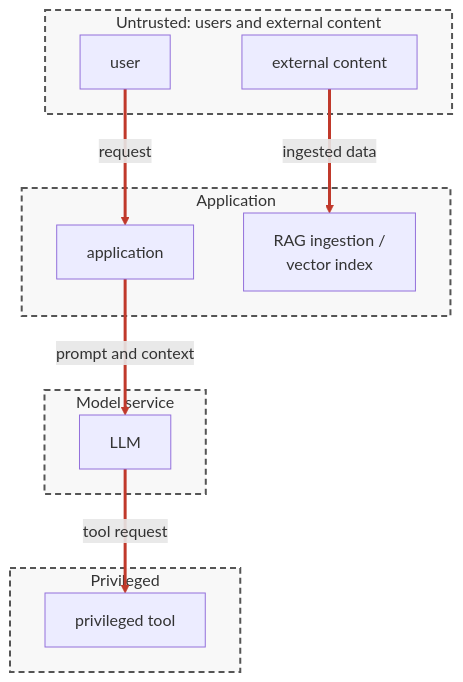
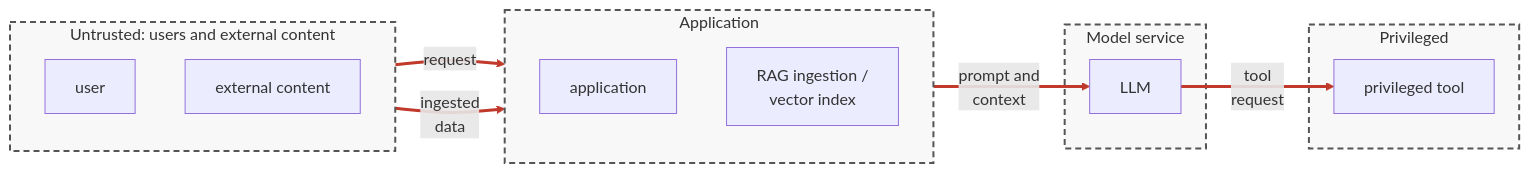
Before and after one commit to jwardon/ai-security-101: the diagram in 02_foundations_security.md, drawn with Mermaid. The commit also changed 5 other files, not shown here.

Commit message:
Polish diagram layout: center, supply-chain Mermaid, wider threat-model loop, wider author column

````diff
--- a/02_foundations_security.md
+++ b/02_foundations_security.md
@@ -23,24 +23,26 @@
 ```mermaid
-flowchart TB
+flowchart LR
     subgraph external["Untrusted: users and external content"]
+        direction TB
         user["user"]
         content["external content"]
     end
     subgraph appzone["Application"]
+        direction TB
         app["application"]
         ingest["RAG ingestion /<br/>vector index"]
     end
     subgraph modelzone["Model service"]
         llm["LLM"]
     end
     subgraph privileged["Privileged"]
         tool["privileged tool"]
     end
     user ==>|"request"| app
-    content ==>|"ingested data"| ingest
-    app ==>|"prompt and context"| llm
-    llm ==>|"tool request"| tool
+    content ==>|"ingested<br/>data"| ingest
+    app ==>|"prompt and<br/>context"| llm
+    llm ==>|"tool<br/>request"| tool
     classDef zone fill:#f8f8f8,stroke:#555,stroke-width:2px,stroke-dasharray:6 4
     class external,appzone,modelzone,privileged zone
     linkStyle 0,1,2,3 stroke:#c0392b,stroke-width:3px
 ```
````
